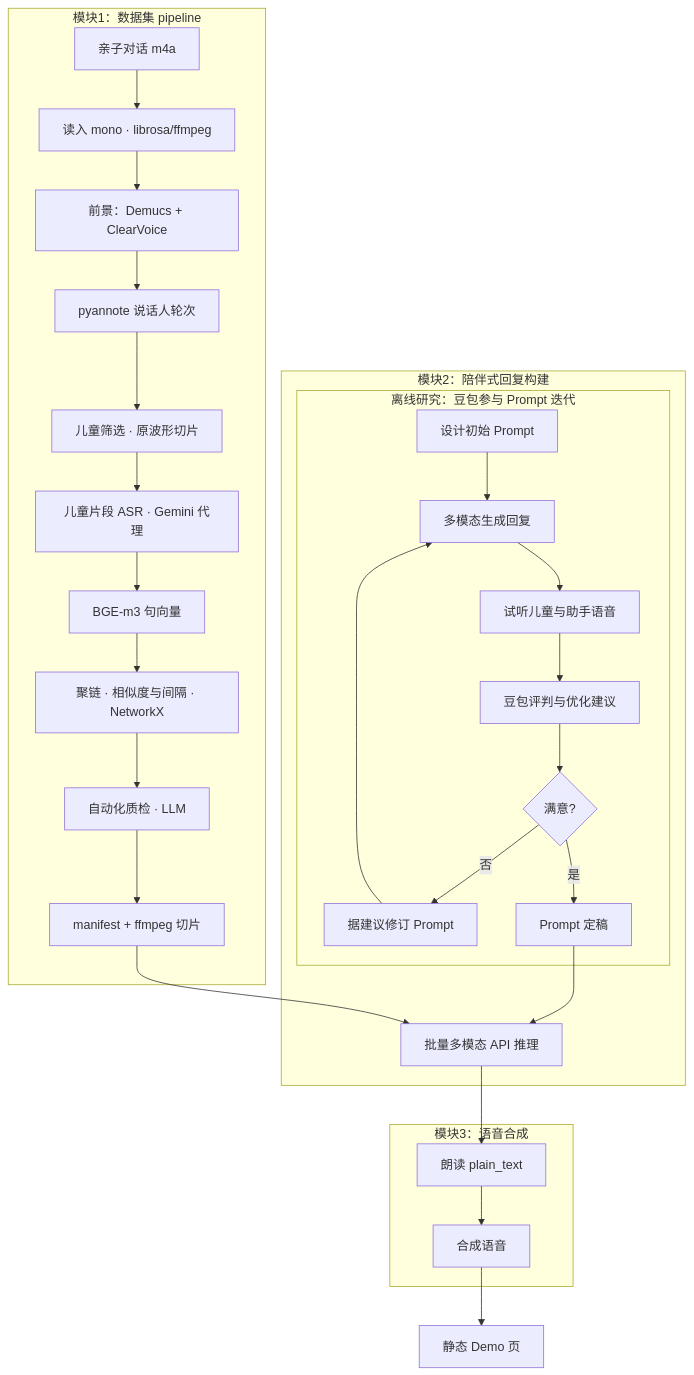
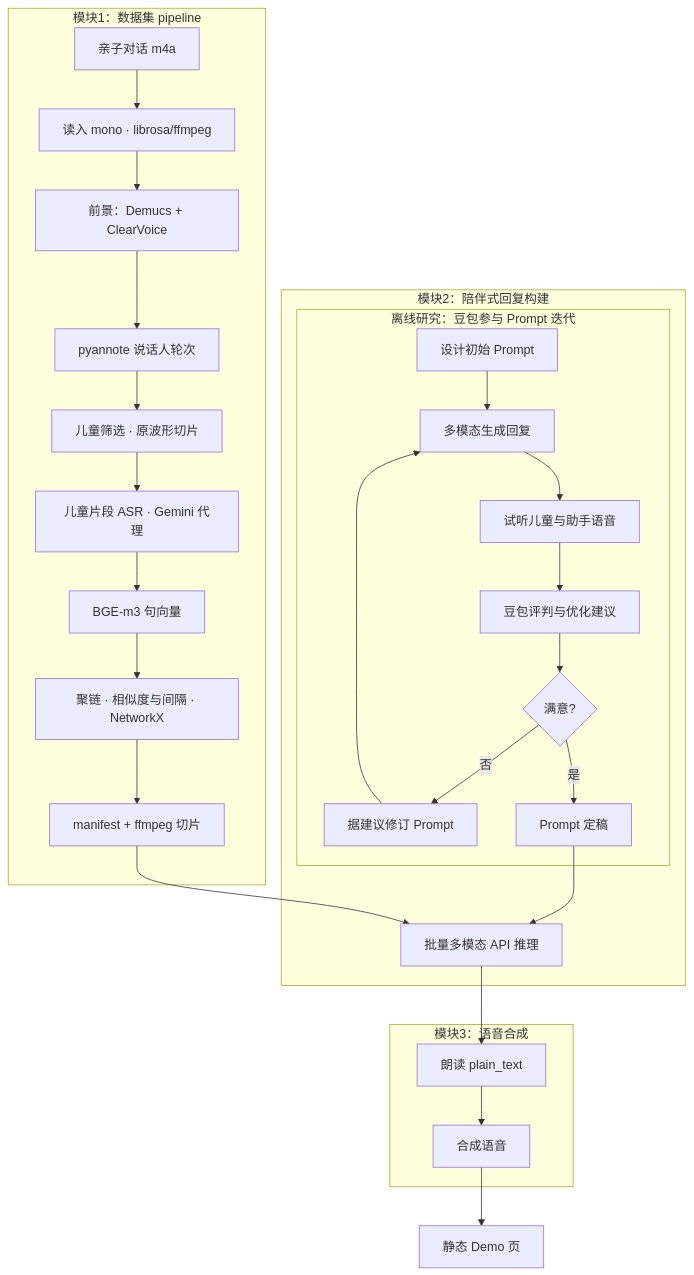
Before and after one commit to auto-chao/Children-Companion-Scenario-Pipeline: the diagram in README.md, drawn with Mermaid. The commit also changed other lines of this file and 72 other files, not shown here.

````diff
--- a/README.md
+++ b/README.md
@@ -126,36 +126,35 @@
 ```mermaid
 flowchart TB
   subgraph mod_seg [模块1：数据集 pipeline]
     s1[亲子对话 m4a] --> m_load[读入 mono · librosa/ffmpeg]
     m_load --> m_fg[前景：Demucs + ClearVoice]
     m_fg --> m_pya[pyannote 说话人轮次]
     m_pya --> m_child[儿童筛选 · 原波形切片]
     m_child --> m_asr[儿童片段 ASR · Gemini 代理]
     m_asr --> m_bge[BGE-m3 句向量]
     m_bge --> m_link[聚链 · 相似度与间隔 · NetworkX]
-    m_link --> m_qa[自动化质检 · LLM]
-    m_qa --> s2[manifest + ffmpeg 切片]
+    m_link --> s2[manifest + ffmpeg 切片]
   end
 
   subgraph mod_resp [模块2：陪伴式回复构建]
     subgraph loop_doubao [离线研究：豆包参与 Prompt 迭代]
       r1[设计初始 Prompt] --> r2[多模态生成回复]
       r2 --> r3[试听儿童与助手语音]
       r3 --> r4[豆包评判与优化建议]
       r4 --> r5{满意?}
       r5 -->|否| r6[据建议修订 Prompt]
       r6 --> r2
       r5 -->|是| r7[Prompt 定稿]
     end
     r7 --> r8[批量多模态 API 推理]
   end
 
   subgraph mod_tts [模块3：语音合成]
     t1[朗读 plain_text] --> t2[合成语音]
   end
 
   s2 --> r8
   r8 --> t1
   t2 --> d1[静态 Demo 页]
 
 ```
````
